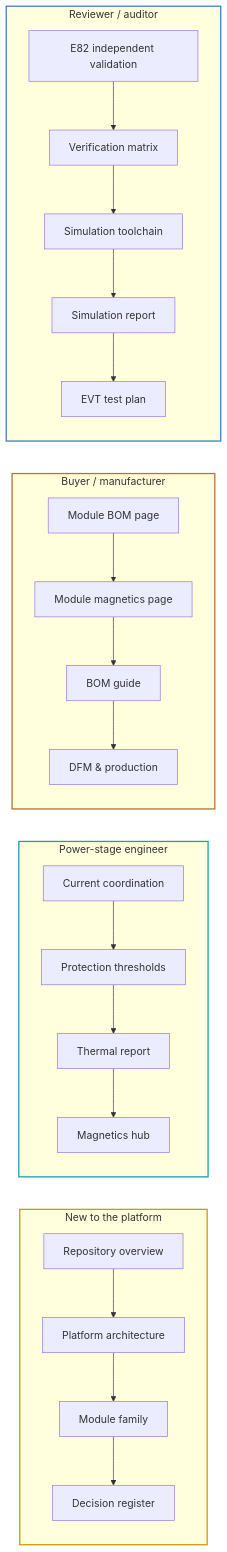
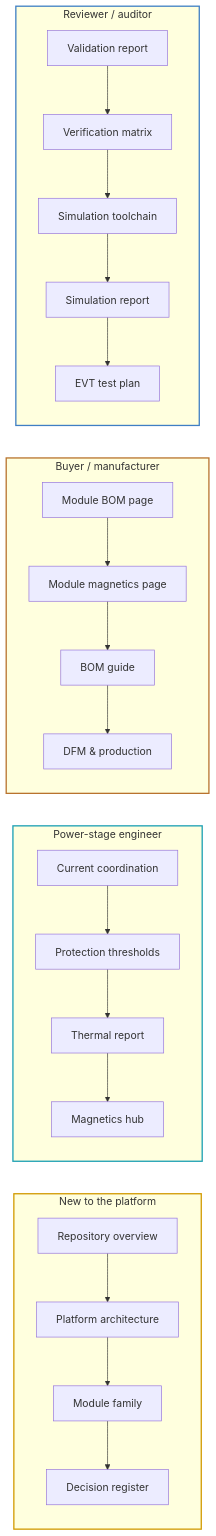
Before and after one commit to vectivolt/DC-Modules: the second of 2 diagrams in docs/README.md, drawn with Mermaid. The commit also changed other lines of this file and 802 other files, not shown here.

````diff
--- a/docs/README.md
+++ b/docs/README.md
@@ -51,23 +45,23 @@
 ```mermaid
 flowchart LR
   subgraph NEW["New to the platform"]
     direction TB
     N1["Repository overview"] --> N2["Platform architecture"] --> N3["Module family"] --> N4["Decision register"]
   end
   subgraph ENG["Power-stage engineer"]
     direction TB
     P1["Current coordination"] --> P2["Protection thresholds"] --> P3["Thermal report"] --> P4["Magnetics hub"]
   end
   subgraph BUY["Buyer / manufacturer"]
     direction TB
     B1["Module BOM page"] --> B2["Module magnetics page"] --> B3["BOM guide"] --> B4["DFM & production"]
   end
   subgraph REV["Reviewer / auditor"]
     direction TB
-    R0["E82 independent validation"] --> R1["Verification matrix"] --> R2["Simulation toolchain"] --> R3["Simulation report"] --> R4["EVT test plan"]
+    R0["Validation report"] --> R1["Verification matrix"] --> R2["Simulation toolchain"] --> R3["Simulation report"] --> R4["EVT test plan"]
   end
   style NEW stroke:#d19a00,stroke-width:2px
   style ENG stroke:#1a9fb3,stroke-width:2px
   style BUY stroke:#b8732e,stroke-width:2px
   style REV stroke:#3f7fc4,stroke-width:2px
 ```
````
